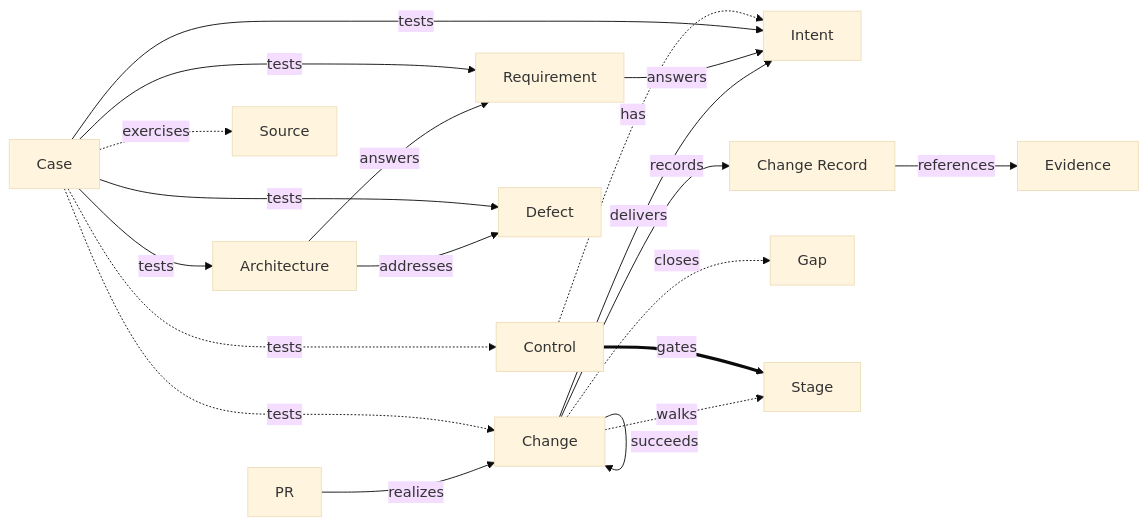
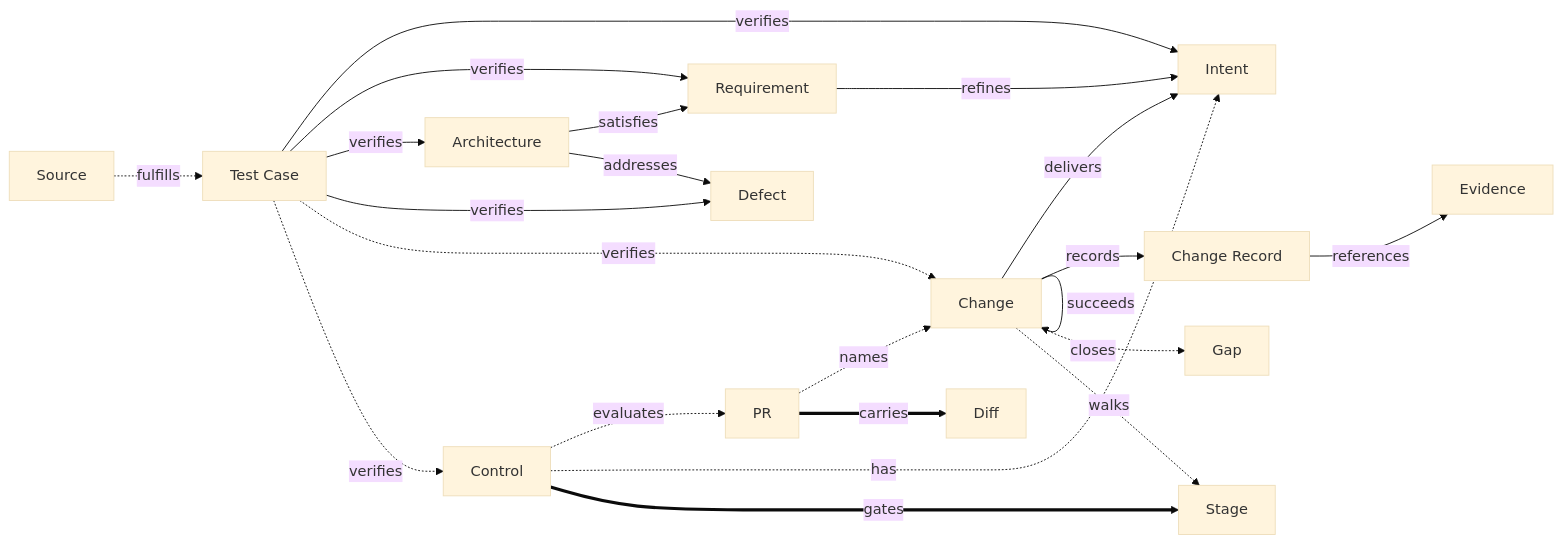
Before and after one commit to Kai-Hacks-AI/KAAL: the diagram in engineering/metamodel/metamodel.md, drawn with Mermaid (base theme). The commit also changed other lines of this file and 13 other files, not shown here.

````diff
--- a/engineering/metamodel/metamodel.md
+++ b/engineering/metamodel/metamodel.md
@@ -30,22 +30,24 @@
 ```mermaid
 flowchart LR
   Change -->|delivers| Intent
-  Requirement -->|answers| Intent
-  Architecture -->|answers| Requirement
+  Requirement -->|refines| Intent
+  Architecture -->|satisfies| Requirement
   Architecture -->|addresses| Defect
-  Case -->|tests| Intent
-  Case -->|tests| Requirement
-  Case -->|tests| Architecture
-  Case -->|tests| Defect
+  TestCase["Test Case"] -->|verifies| Intent
+  TestCase -->|verifies| Requirement
+  TestCase -->|verifies| Architecture
+  TestCase -->|verifies| Defect
   Change -->|succeeds| Change
   Change -->|records| ChangeRecord["Change Record"]
   ChangeRecord -->|references| Evidence
-  PR -->|realizes| Change
+  PR -.->|names| Change
+  PR ==>|carries| Diff
+  Control -.->|evaluates| PR
   Control -.->|has| Intent
-  Case -.->|tests| Change
-  Case -.->|tests| Control
-  Case -.->|exercises| Source
+  TestCase -.->|verifies| Change
+  TestCase -.->|verifies| Control
+  Source -.->|fulfills| TestCase
   Change -.->|closes| Gap
   Change -.->|walks| Stage
   Control ==>|gates| Stage
 ```
````
